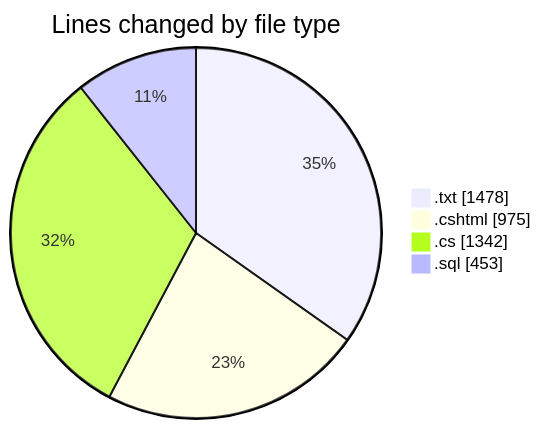
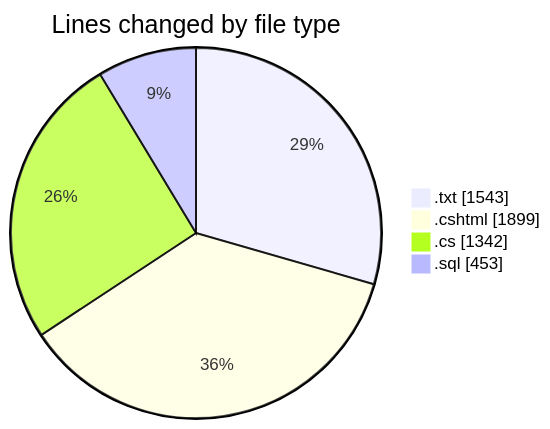
One commit to lephambinh05/code-tracking changed the first of 2 diagrams in 2025-07-25/quanlyrapchieuphim-1/README.md. Above: the diagram before and after it, drawn with Mermaid. The commit also changed other lines of this file and 1 other file, not shown here.

````diff
--- a/2025-07-25/quanlyrapchieuphim-1/README.md
+++ b/2025-07-25/quanlyrapchieuphim-1/README.md
@@ -25,8 +25,8 @@
 ```mermaid
 pie showData
 title Lines changed by file type
-".txt" : 1478
-".cshtml" : 975
+".txt" : 1543
+".cshtml" : 1899
 ".cs" : 1342
 ".sql" : 453
 ```
````
